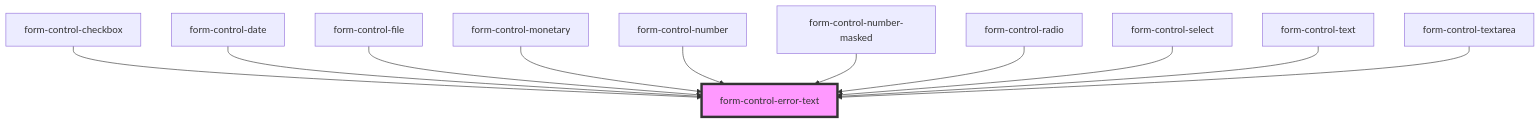
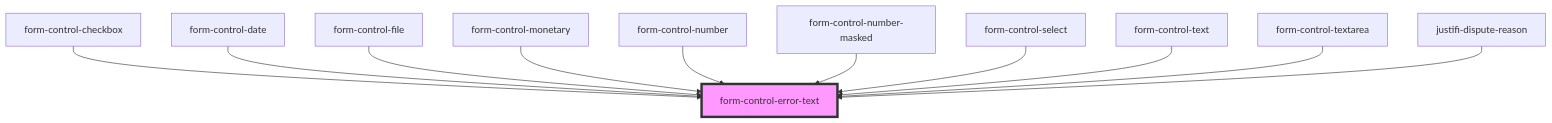
One commit to justifi-tech/web-component-library changed the diagram in packages/webcomponents/src/ui-components/form/form-helpers/form-control-error-text/readme.md. Above: the diagram before and after it, drawn with Mermaid. The commit also changed other lines of this file and 3 other files, not shown here.

````diff
--- a/packages/webcomponents/src/ui-components/form/form-helpers/form-control-error-text/readme.md
+++ b/packages/webcomponents/src/ui-components/form/form-helpers/form-control-error-text/readme.md
@@ -32,14 +32,14 @@
 ```mermaid
 graph TD;
   form-control-checkbox --> form-control-error-text
   form-control-date --> form-control-error-text
   form-control-file --> form-control-error-text
   form-control-monetary --> form-control-error-text
   form-control-number --> form-control-error-text
   form-control-number-masked --> form-control-error-text
-  form-control-radio --> form-control-error-text
   form-control-select --> form-control-error-text
   form-control-text --> form-control-error-text
   form-control-textarea --> form-control-error-text
+  justifi-dispute-reason --> form-control-error-text
   style form-control-error-text fill:#f9f,stroke:#333,stroke-width:4px
 ```
````
